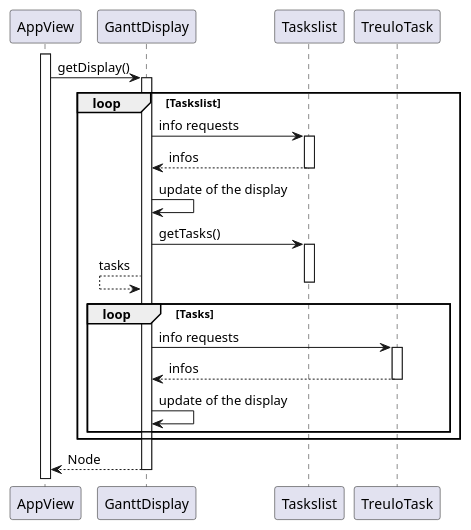
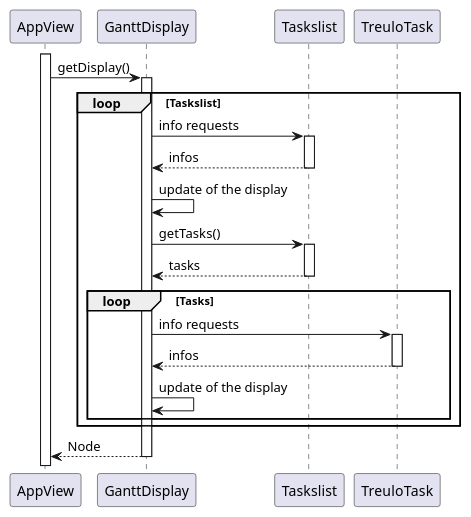
Before and after one commit to Fiera42/SAE-3.01-D-veloppement-d-applications: the diagram in project/Document/iteration 4/Affichage_Gantt.puml, drawn with PlantUML. The commit also changed 1 other file, not shown here.

Commit message:
Ajout du diagramme de sequence affichage

```diff
--- a/project/Document/iteration 4/Affichage_Gantt.puml
+++ b/project/Document/iteration 4/Affichage_Gantt.puml
@@ -1,37 +1,37 @@
 @startuml
 
 activate AppView
 
 AppView -> GanttDisplay : getDisplay()
 activate GanttDisplay
 
     loop Taskslist
     GanttDisplay -> Taskslist : info requests
     activate Taskslist
     GanttDisplay <-- Taskslist : infos
     deactivate Taskslist
 
     GanttDisplay -> GanttDisplay : update of the display
 
     GanttDisplay -> Taskslist : getTasks()
     activate Taskslist
-    GanttDisplay <-- GanttDisplay : tasks
+    GanttDisplay <-- Taskslist : tasks
     deactivate Taskslist
 
         loop Tasks
         GanttDisplay -> TreuloTask : info requests
         activate TreuloTask
         GanttDisplay <-- TreuloTask : infos
         deactivate TreuloTask
 
         GanttDisplay -> GanttDisplay : update of the display
         end loop
     end loop
 
 
 AppView <-- GanttDisplay : Node
 deactivate GanttDisplay
 
 
 
 @enduml
```
